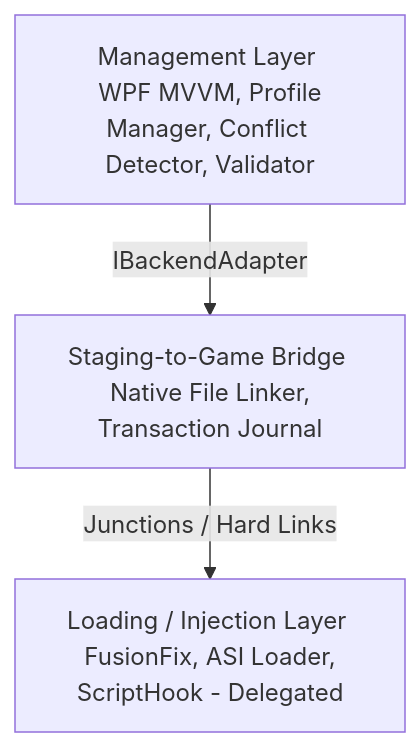
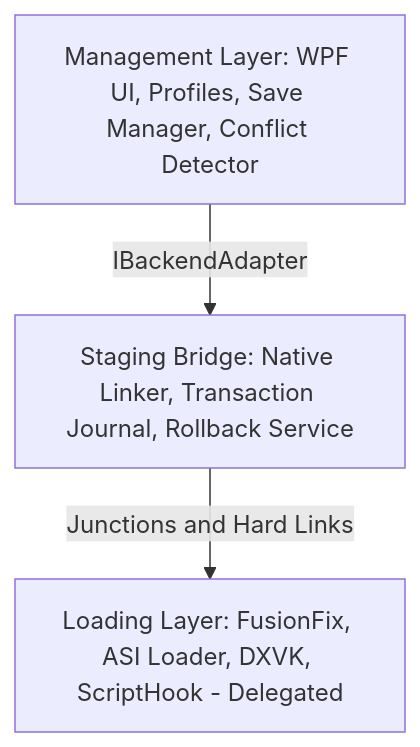
Before and after one commit to Asterinos1/ManagerIV: the diagram in README.md, drawn with Mermaid. The commit also changed other lines of this file and 84 other files, not shown here.

````diff
--- a/README.md
+++ b/README.md
@@ -48,9 +83,9 @@
 ```mermaid
 graph TD
-    A[Management Layer <br> WPF MVVM, Profile Manager, Conflict Detector, Validator]
-    B[Staging-to-Game Bridge <br> Native File Linker, Transaction Journal]
-    C[Loading / Injection Layer <br> FusionFix, ASI Loader, ScriptHook - Delegated]
+    A[Management Layer: WPF UI, Profiles, Save Manager, Conflict Detector]
+    B[Staging Bridge: Native Linker, Transaction Journal, Rollback Service]
+    C[Loading Layer: FusionFix, ASI Loader, DXVK, ScriptHook - Delegated]
     
     A -->|IBackendAdapter| B
-    B -->|Junctions / Hard Links| C
+    B -->|Junctions and Hard Links| C
 ```
````
